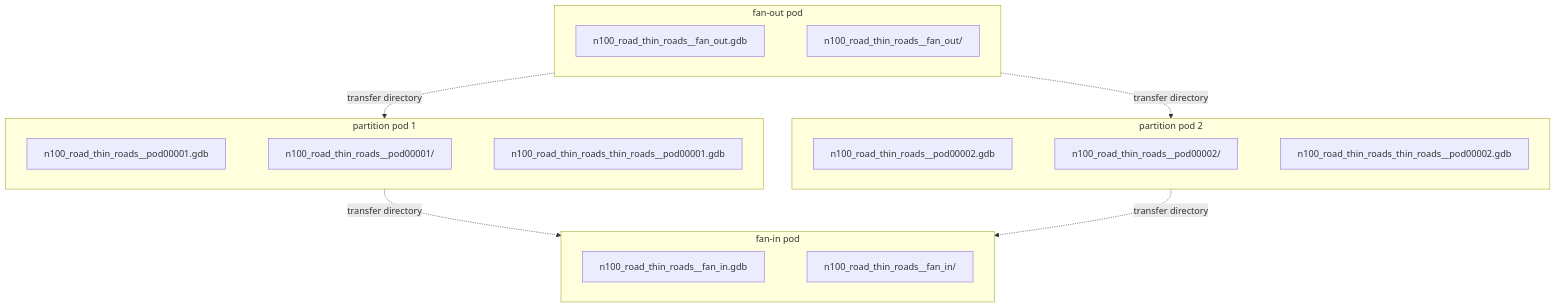
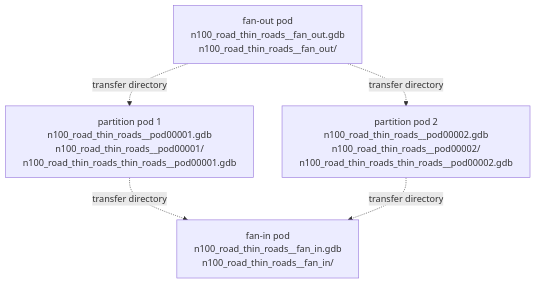
The third of 5 diagrams in docs/user_guide/scratch.md (kartverket/automatisk-generalisering), drawn with Mermaid before and after one commit. The commit also changed other lines of this file, not shown here.

Commit message:
Scratch guide: mermaide layout change

````diff
--- a/docs/user_guide/scratch.md
+++ b/docs/user_guide/scratch.md
@@ -86,21 +86,11 @@
 ```mermaid
 flowchart TB
-    subgraph fan_out["fan-out pod"]
-        fo_stage["n100_road_thin_roads__fan_out.gdb"] ~~~ fo_loose["n100_road_thin_roads__fan_out/"]
-    end
-    subgraph pod1["partition pod 1"]
-        p1_stage["n100_road_thin_roads__pod00001.gdb"] ~~~ p1_loose["n100_road_thin_roads__pod00001/"]
-        p1_loose ~~~ p1_op["n100_road_thin_roads_thin_roads__pod00001.gdb"]
-    end
-    subgraph pod2["partition pod 2"]
-        p2_stage["n100_road_thin_roads__pod00002.gdb"] ~~~ p2_loose["n100_road_thin_roads__pod00002/"]
-        p2_loose ~~~ p2_op["n100_road_thin_roads_thin_roads__pod00002.gdb"]
-    end
-    subgraph fan_in["fan-in pod"]
-        fi_stage["n100_road_thin_roads__fan_in.gdb"] ~~~ fi_loose["n100_road_thin_roads__fan_in/"]
-    end
+    fan_out["fan-out pod<br/>n100_road_thin_roads__fan_out.gdb<br/>n100_road_thin_roads__fan_out/"]
+    pod1["partition pod 1<br/>n100_road_thin_roads__pod00001.gdb<br/>n100_road_thin_roads__pod00001/<br/>n100_road_thin_roads_thin_roads__pod00001.gdb"]
+    pod2["partition pod 2<br/>n100_road_thin_roads__pod00002.gdb<br/>n100_road_thin_roads__pod00002/<br/>n100_road_thin_roads_thin_roads__pod00002.gdb"]
+    fan_in["fan-in pod<br/>n100_road_thin_roads__fan_in.gdb<br/>n100_road_thin_roads__fan_in/"]
     fan_out -.->|"transfer directory"| pod1
     fan_out -.->|"transfer directory"| pod2
     pod1 -.->|"transfer directory"| fan_in
     pod2 -.->|"transfer directory"| fan_in
 ```
````
